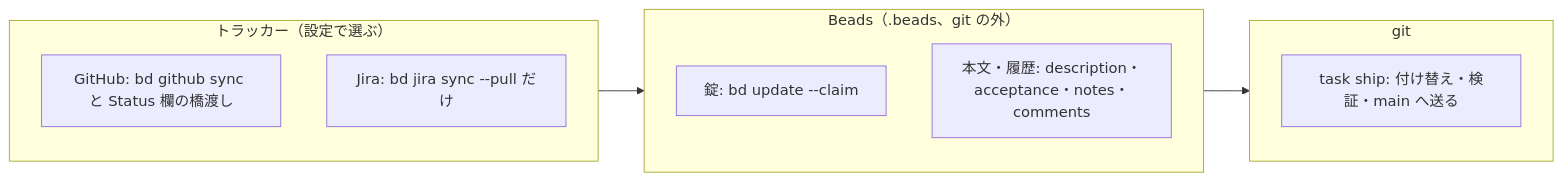
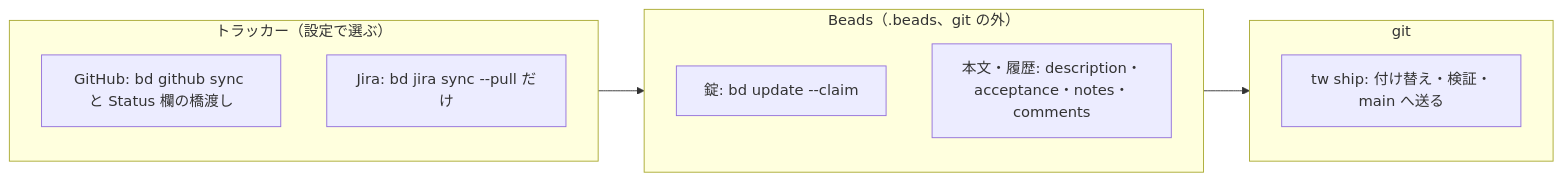
The diagram in docs/research/github-projects.md (sinnlosses/tsukumo), drawn with Mermaid before and after one commit. The commit also changed other lines of this file and 4 other files, not shown here.

````diff
--- a/docs/research/github-projects.md
+++ b/docs/research/github-projects.md
@@ -224,15 +224,15 @@
 ```mermaid
 flowchart LR
   subgraph tracker["トラッカー（設定で選ぶ）"]
     GH["GitHub: bd github sync と Status 欄の橋渡し"]
     JR["Jira: bd jira sync --pull だけ"]
   end
   subgraph beads["Beads（.beads、git の外）"]
     LK["錠: bd update --claim"]
     HS["本文・履歴: description・acceptance・notes・comments"]
   end
   subgraph git["git"]
-    SH["task ship: 付け替え・検証・main へ送る"]
+    SH["tw ship: 付け替え・検証・main へ送る"]
   end
   tracker --> beads --> git
 ```
````
